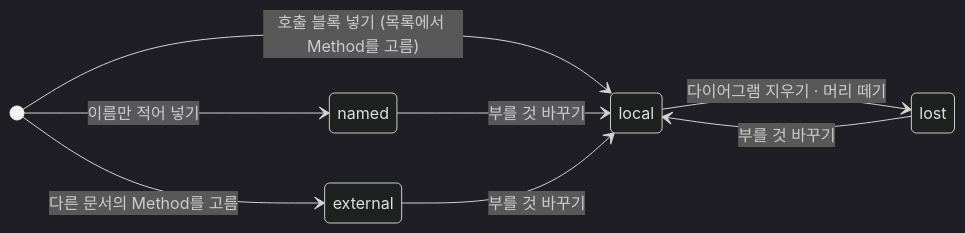
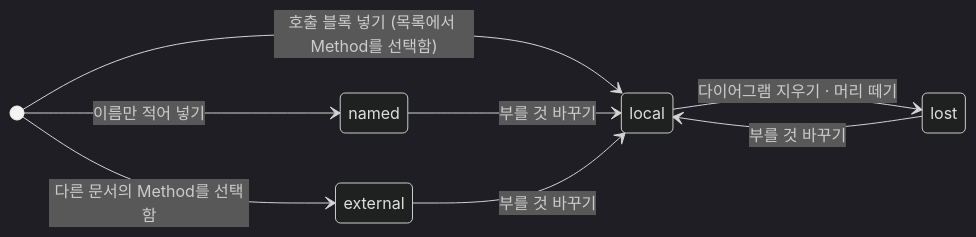
One commit to reddiana/AriadneNSD changed the first of 2 diagrams in docs/04-design/01-model.md. Above: the diagram before and after it, drawn with Mermaid (dark theme). The commit also changed other lines of this file and 20 other files, not shown here.

````diff
--- a/docs/04-design/01-model.md
+++ b/docs/04-design/01-model.md
@@ -151,11 +151,11 @@
 ```mermaid
 stateDiagram-v2
     direction LR
-    [*] --> local : 호출 블록 넣기 (목록에서 Method를 고름)
+    [*] --> local : 호출 블록 넣기 (목록에서 Method를 선택함)
     [*] --> named : 이름만 적어 넣기
-    [*] --> external : 다른 문서의 Method를 고름
+    [*] --> external : 다른 문서의 Method를 선택함
     local --> lost : 다이어그램 지우기 · 머리 떼기
     lost --> local : 부를 것 바꾸기
     named --> local : 부를 것 바꾸기
     external --> local : 부를 것 바꾸기
 ```
````
